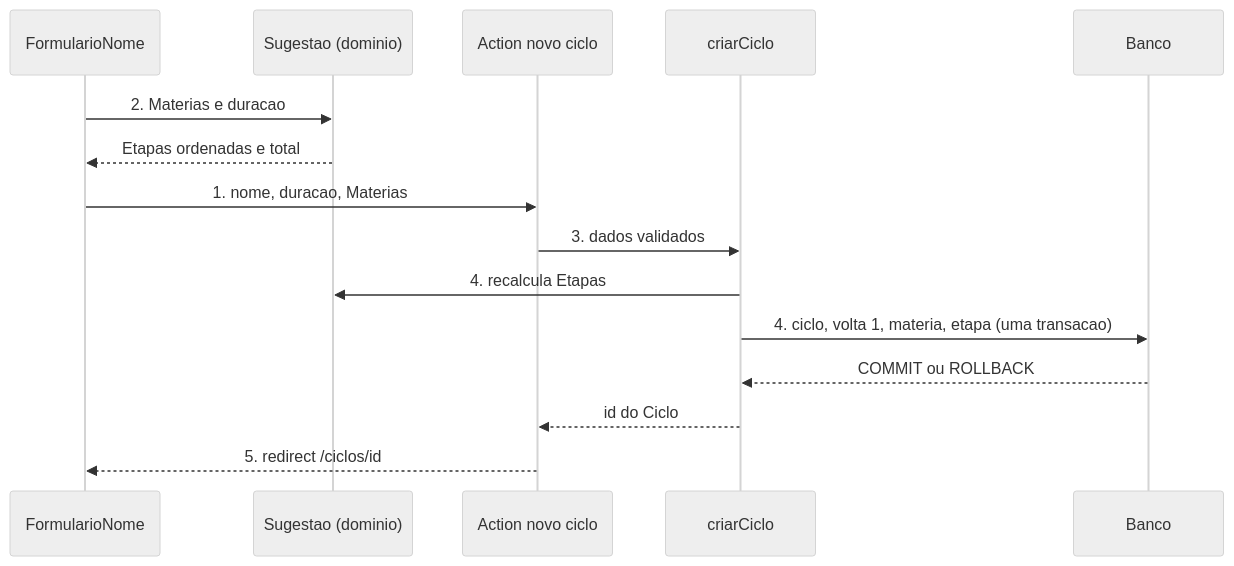
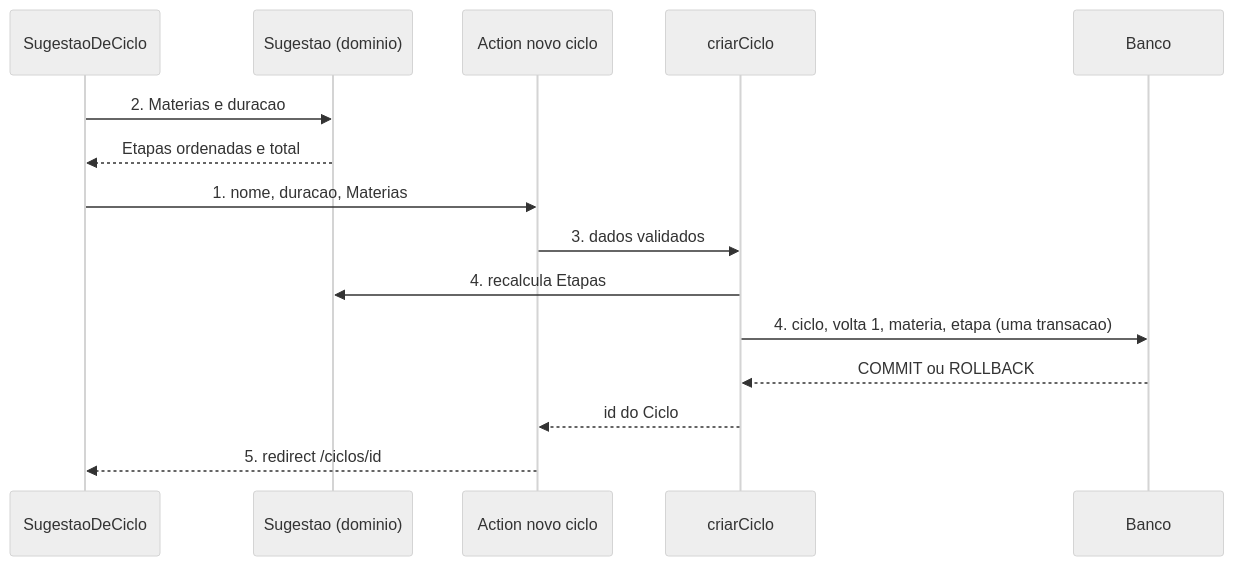
The first of 2 diagrams in .specs/features/sugestao-de-ciclo/plan.md (GuilhermeLuan/estudo-livre), drawn with Mermaid (neutral theme) before and after one commit. The commit also changed other lines of this file and 6 other files, not shown here.

````diff
--- a/.specs/features/sugestao-de-ciclo/plan.md
+++ b/.specs/features/sugestao-de-ciclo/plan.md
@@ -24,17 +24,17 @@
 ```mermaid
 sequenceDiagram
-    participant U as FormularioNome
+    participant U as SugestaoDeCiclo
     participant D as Sugestao (dominio)
     participant A as Action novo ciclo
     participant C as criarCiclo
     participant DB as Banco
     U->>D: 2. Materias e duracao
     D-->>U: Etapas ordenadas e total
     U->>A: 1. nome, duracao, Materias
     A->>C: 3. dados validados
     C->>D: 4. recalcula Etapas
     C->>DB: 4. ciclo, volta 1, materia, etapa (uma transacao)
     DB-->>C: COMMIT ou ROLLBACK
     C-->>A: id do Ciclo
     A-->>U: 5. redirect /ciclos/id
 ```
````
